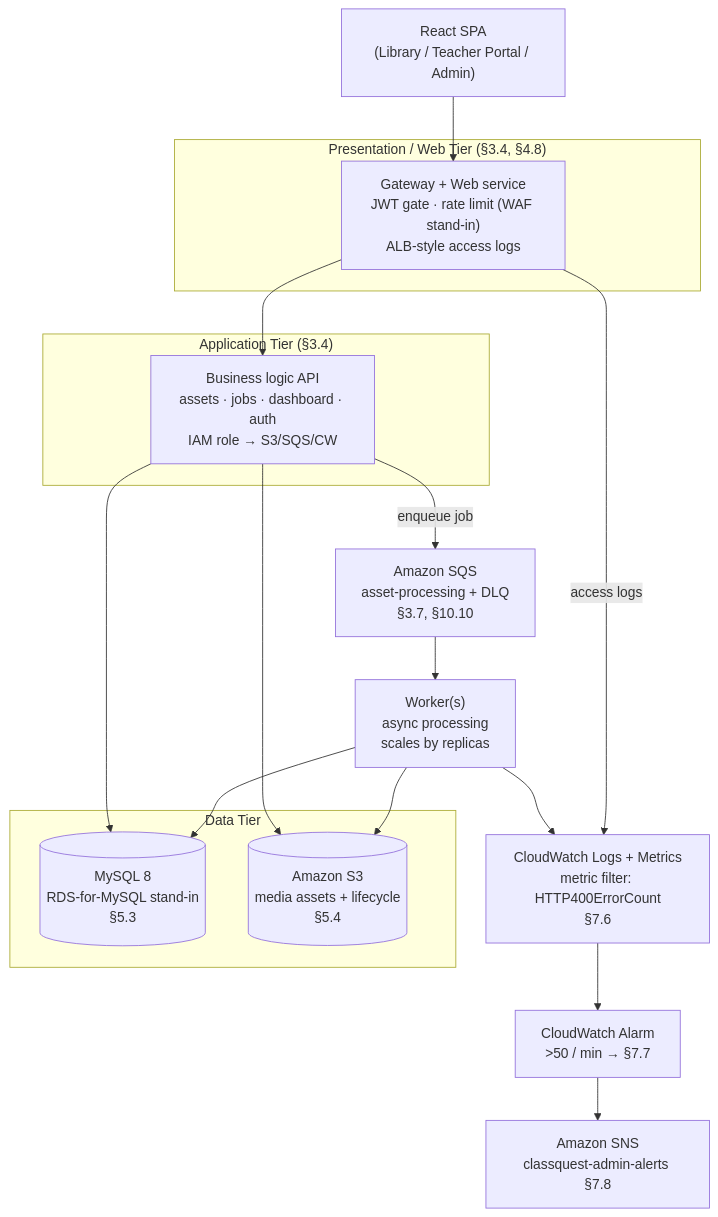
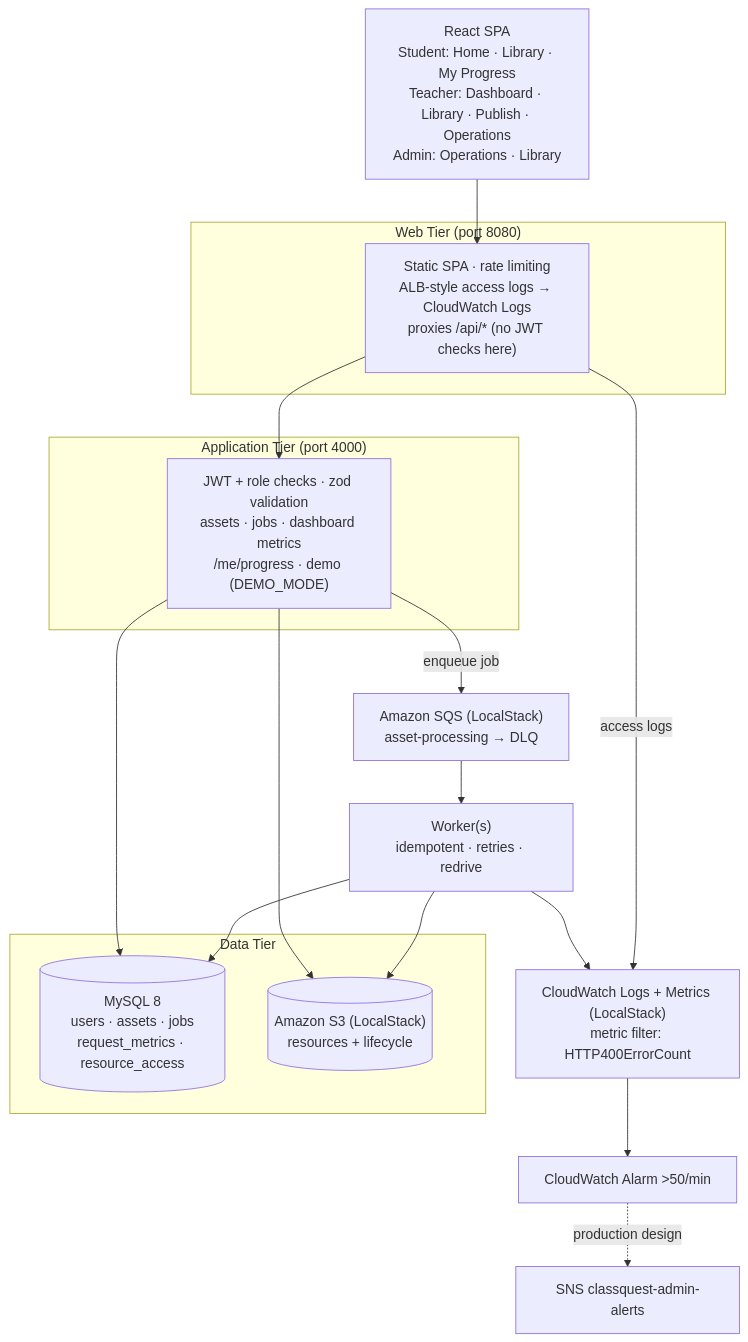
One commit to Sandwich-hye/classquest changed the first of 4 diagrams in ARCHITECTURE.md. Above: the diagram before and after it, drawn with Mermaid. The commit also changed other lines of this file and 15 other files, not shown here.

````diff
--- a/ARCHITECTURE.md
+++ b/ARCHITECTURE.md
@@ -65,34 +63,34 @@
 ```mermaid
 graph TD
-    spa["React SPA<br/>(Library / Teacher Portal / Admin)"]
+    spa["React SPA<br/>Student: Home · Library · My Progress<br/>Teacher: Dashboard · Library · Publish · Operations<br/>Admin: Operations · Library"]
 
-    subgraph web["Presentation / Web Tier (§3.4, §4.8)"]
-        gw["Gateway + Web service<br/>JWT gate · rate limit (WAF stand-in)<br/>ALB-style access logs"]
+    subgraph web["Web Tier (port 8080)"]
+        gw["Static SPA · rate limiting<br/>ALB-style access logs → CloudWatch Logs<br/>proxies /api/* (no JWT checks here)"]
     end
 
-    subgraph app["Application Tier (§3.4)"]
-        api["Business logic API<br/>assets · jobs · dashboard · auth<br/>IAM role → S3/SQS/CW"]
+    subgraph app["Application Tier (port 4000)"]
+        api["JWT + role checks · zod validation<br/>assets · jobs · dashboard metrics<br/>/me/progress · demo (DEMO_MODE)"]
     end
 
     subgraph data["Data Tier"]
-        mysql[("MySQL 8<br/>RDS-for-MySQL stand-in<br/>§5.3")]
-        s3[("Amazon S3<br/>media assets + lifecycle<br/>§5.4")]
+        mysql[("MySQL 8<br/>users · assets · jobs<br/>request_metrics · resource_access")]
+        s3[("Amazon S3 (LocalStack)<br/>resources + lifecycle")]
     end
 
-    q["Amazon SQS<br/>asset-processing + DLQ<br/>§3.7, §10.10"]
-    worker["Worker(s)<br/>async processing<br/>scales by replicas"]
-    cw["CloudWatch Logs + Metrics<br/>metric filter: HTTP400ErrorCount<br/>§7.6"]
-    alarm["CloudWatch Alarm<br/>>50 / min → §7.7"]
-    sns["Amazon SNS<br/>classquest-admin-alerts §7.8"]
+    q["Amazon SQS (LocalStack)<br/>asset-processing → DLQ"]
+    worker["Worker(s)<br/>idempotent · retries · redrive"]
+    cw["CloudWatch Logs + Metrics (LocalStack)<br/>metric filter: HTTP400ErrorCount"]
+    alarm["CloudWatch Alarm >50/min"]
+    sns["SNS classquest-admin-alerts"]
 
     spa --> gw --> api
     api --> mysql
     api --> s3
     api -->|enqueue job| q
     q --> worker
     worker --> s3
     worker --> mysql
     worker --> cw
     gw -->|access logs| cw
-    cw --> alarm --> sns
+    cw --> alarm -.->|production design| sns
 ```
````
